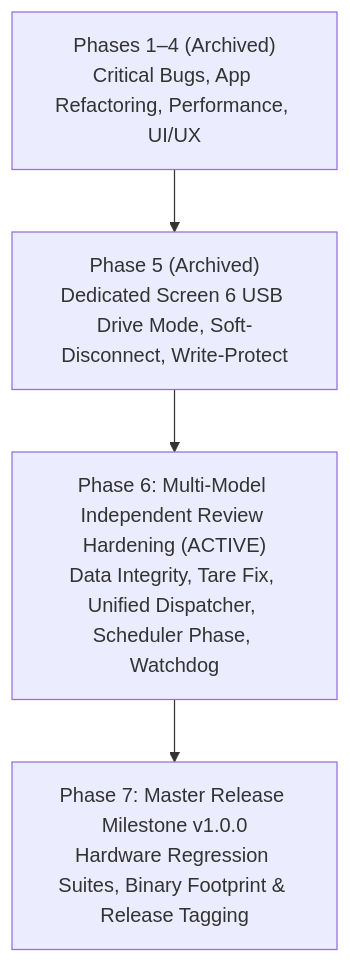
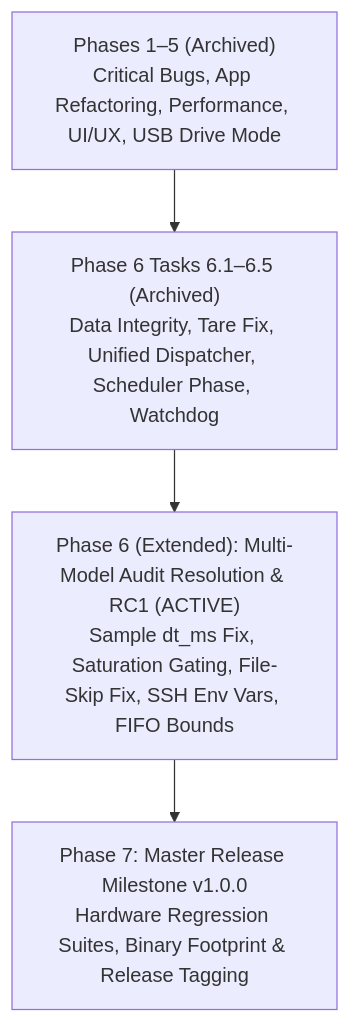
Before and after one commit to arunj123/longan_nano: the diagram in docs/FIRMWARE_REVIEW_AND_ROADMAP.md, drawn with Mermaid. The commit also changed other lines of this file and 1 other file, not shown here.

Commit message:
docs(roadmap): update master roadmap with 5-model audit findings and Phase 6 Extended RC1 plan

````diff
--- a/docs/FIRMWARE_REVIEW_AND_ROADMAP.md
+++ b/docs/FIRMWARE_REVIEW_AND_ROADMAP.md
@@ -196,6 +141,6 @@
 ```mermaid
 flowchart TD
-    P1to4["Phases 1–4 (Archived)<br/>Critical Bugs, App Refactoring, Performance, UI/UX"] --> P5["Phase 5 (Archived)<br/>Dedicated Screen 6 USB Drive Mode, Soft-Disconnect, Write-Protect"]
-    P5 --> P6["Phase 6: Multi-Model Independent Review Hardening (ACTIVE)<br/>Data Integrity, Tare Fix, Unified Dispatcher, Scheduler Phase, Watchdog"]
-    P6 --> P7["Phase 7: Master Release Milestone v1.0.0<br/>Hardware Regression Suites, Binary Footprint & Release Tagging"]
+    P1to5["Phases 1–5 (Archived)<br/>Critical Bugs, App Refactoring, Performance, UI/UX, USB Drive Mode"] --> P6A["Phase 6 Tasks 6.1–6.5 (Archived)<br/>Data Integrity, Tare Fix, Unified Dispatcher, Scheduler Phase, Watchdog"]
+    P6A --> P6B["Phase 6 (Extended): Multi-Model Audit Resolution & RC1 (ACTIVE)<br/>Sample dt_ms Fix, Saturation Gating, File-Skip Fix, SSH Env Vars, FIFO Bounds"]
+    P6B --> P7["Phase 7: Master Release Milestone v1.0.0<br/>Hardware Regression Suites, Binary Footprint & Release Tagging"]
 ```
````
